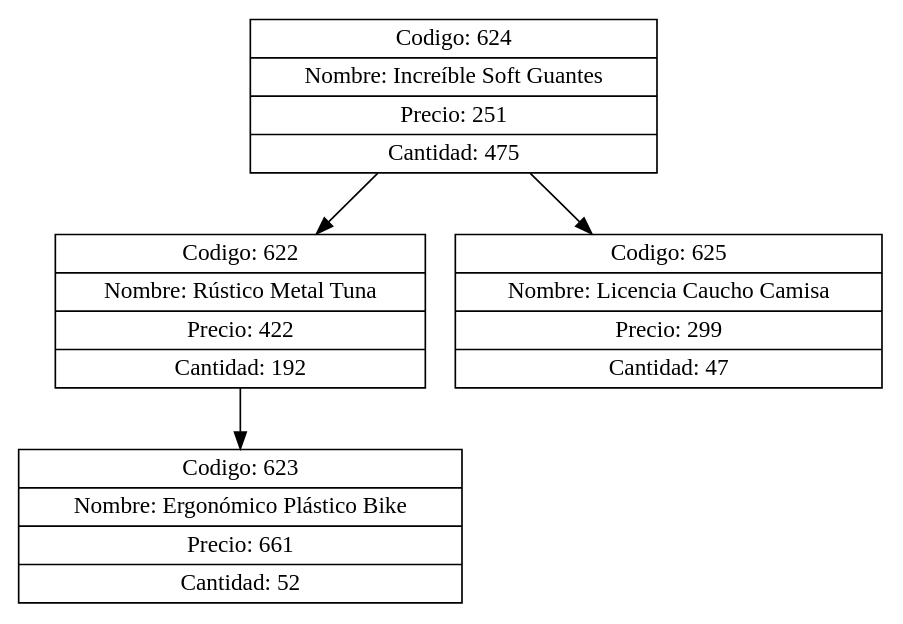
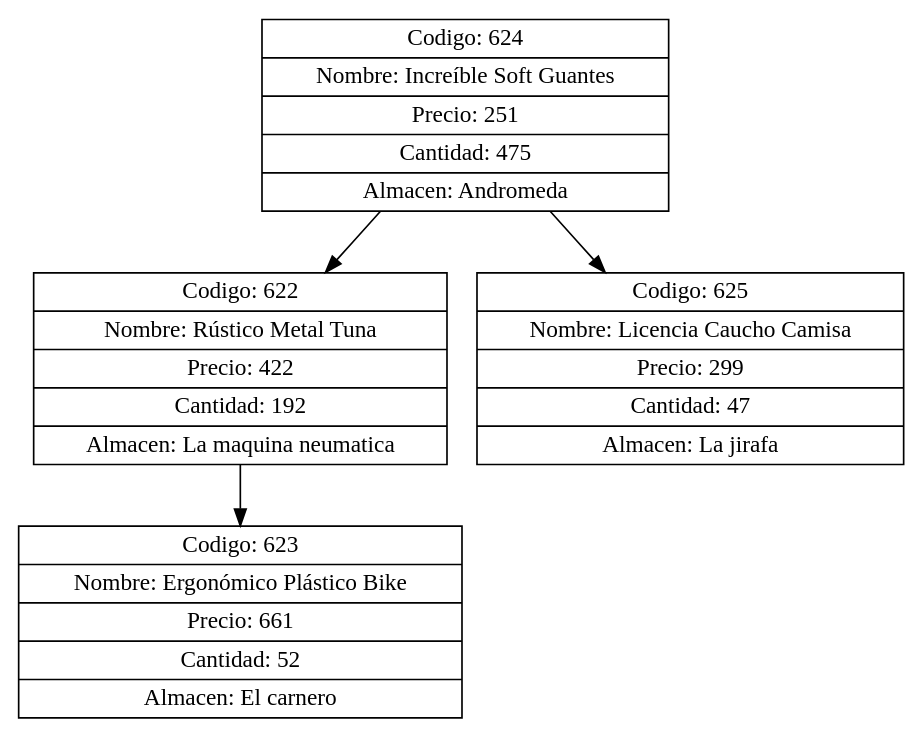
The diagram in src/Graphviz/files/ArbolBenavídezySalcido4.dot (Pdante1897/EDD_VirtualMall_201700945), drawn with Graphviz before and after one commit. The commit also changed 91 other files, not shown here.

```diff
--- a/src/Graphviz/files/ArbolBenavídezySalcido4.dot
+++ b/src/Graphviz/files/ArbolBenavídezySalcido4.dot
@@ -1,10 +1,10 @@
 digraph G{
 node[shape="box" shape="record"]
-nodo624[label="{ Codigo: 624 | Nombre: Increíble Soft Guantes | Precio: 251 | Cantidad: 475}"];
-nodo622[label="{ Codigo: 622 | Nombre: Rústico Metal Tuna | Precio: 422 | Cantidad: 192}"];
-nodo623[label="{ Codigo: 623 | Nombre: Ergonómico Plástico Bike | Precio: 661 | Cantidad: 52}"];
+nodo624[label="{ Codigo: 624 | Nombre: Increíble Soft Guantes | Precio: 251 | Cantidad: 475 | Almacen: Andromeda}"];
+nodo622[label="{ Codigo: 622 | Nombre: Rústico Metal Tuna | Precio: 422 | Cantidad: 192 | Almacen: La maquina neumatica}"];
+nodo623[label="{ Codigo: 623 | Nombre: Ergonómico Plástico Bike | Precio: 661 | Cantidad: 52 | Almacen: El carnero}"];
 nodo622->nodo623;
 nodo624->nodo622;
-nodo625[label="{ Codigo: 625 | Nombre: Licencia Caucho Camisa | Precio: 299 | Cantidad: 47}"];
+nodo625[label="{ Codigo: 625 | Nombre: Licencia Caucho Camisa | Precio: 299 | Cantidad: 47 | Almacen: La jirafa}"];
 nodo624->nodo625;
 }
```
